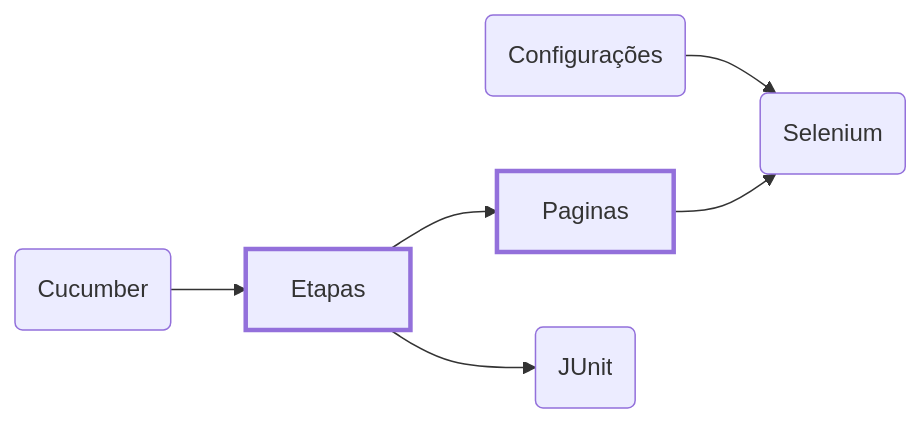
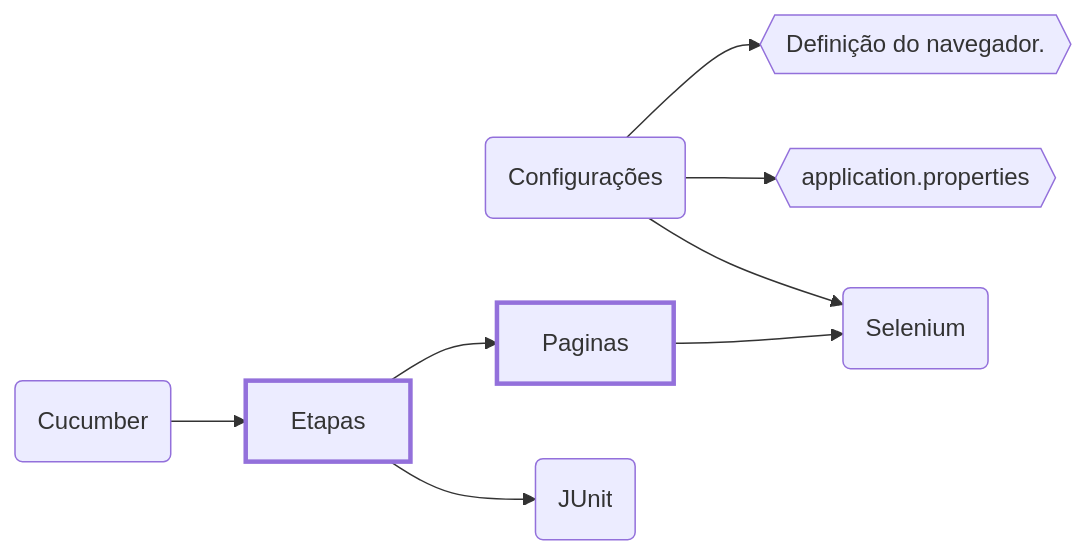
Before and after one commit to ivone-olbi/desafios-b3: the diagram in README.md, drawn with Mermaid. The commit also changed other lines of this file and 8 other files, not shown here.

````diff
--- a/README.md
+++ b/README.md
@@ -37,9 +16,11 @@
 ```mermaid
 graph LR;
+    c(Configurações)-->n{{Definição do navegador.}}
+    c(Configurações)-->a{{application.properties}};
     c(Configurações)-->s(Selenium);
     cu(Cucumber)-->e[Etapas]-->p[Paginas];
     e[Etapas]-->j(JUnit);
     p[Paginas]-->s(Selenium);
     style e stroke-width:3px;
     style p stroke-width:3px;
 ```
````
